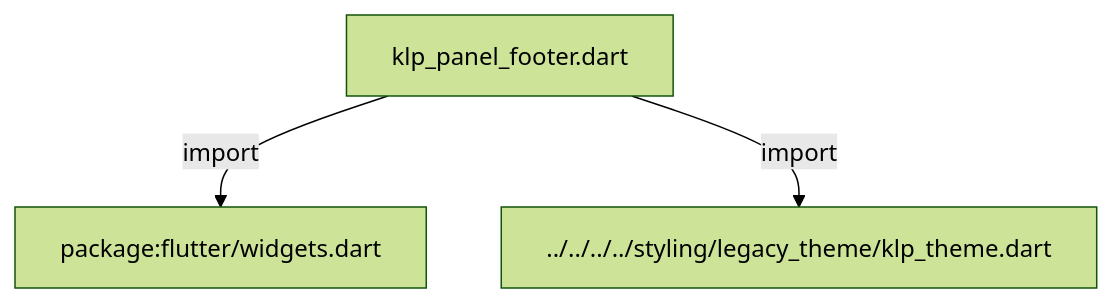
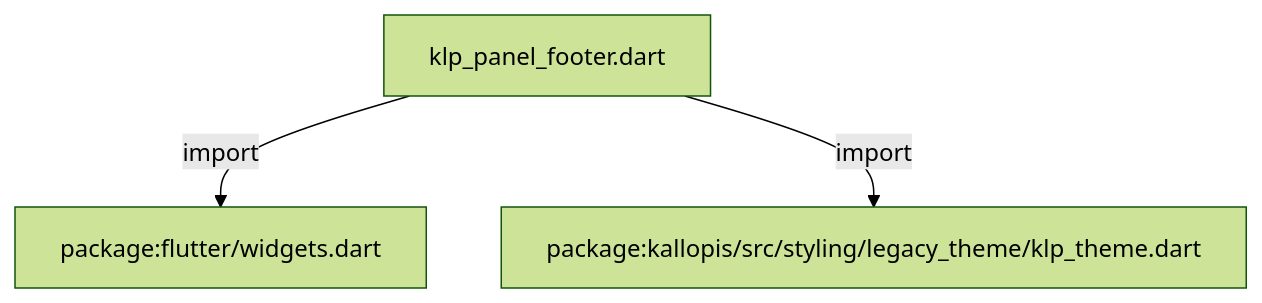
The first of 3 diagrams in docs/architecture/src/features/workspace/shell/panel/klp_panel_footer.md (MiuDog/Kallopis), drawn with Mermaid (forest theme) before and after one commit. The commit also changed other lines of this file and 9688 other files, not shown here.

Commit message:
Prepare isolated Flow F2 peer baseline

````diff
--- a/docs/architecture/src/features/workspace/shell/panel/klp_panel_footer.md
+++ b/docs/architecture/src/features/workspace/shell/panel/klp_panel_footer.md
@@ -11,8 +11,8 @@
 ```mermaid
 flowchart TD
 	n0["klp_panel_footer.dart"]
 	n1["package:flutter/widgets.dart"]
-	n2["../../../../styling/legacy_theme/klp_theme.dart"]
+	n2["package:kallopis/src/styling/legacy_theme/klp_theme.dart"]
 	n0 -->|"import"| n1
 	n0 -->|"import"| n2
 ```
````
